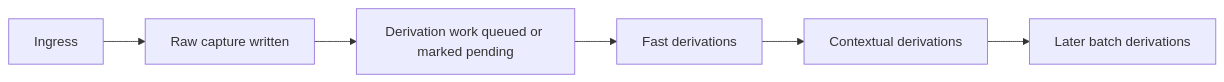
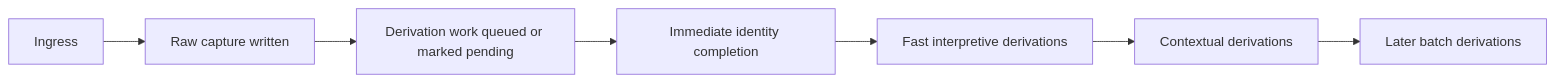
Before and after one commit to flyingrobots/think: the diagram in docs/design/0010-ingress-and-derivation-pipeline.md, drawn with Mermaid. The commit also changed other lines of this file, not shown here.

````diff
--- a/docs/design/0010-ingress-and-derivation-pipeline.md
+++ b/docs/design/0010-ingress-and-derivation-pipeline.md
@@ -88,8 +88,9 @@
 ```mermaid
 flowchart LR
     I["Ingress"] --> C["Raw capture written"]
     C --> Q["Derivation work queued or marked pending"]
-    Q --> D1["Fast derivations"]
-    D1 --> D2["Contextual derivations"]
+    Q --> D1A["Immediate identity completion"]
+    D1A --> D1B["Fast interpretive derivations"]
+    D1B --> D2["Contextual derivations"]
     D2 --> D3["Later batch derivations"]
 ```
````
